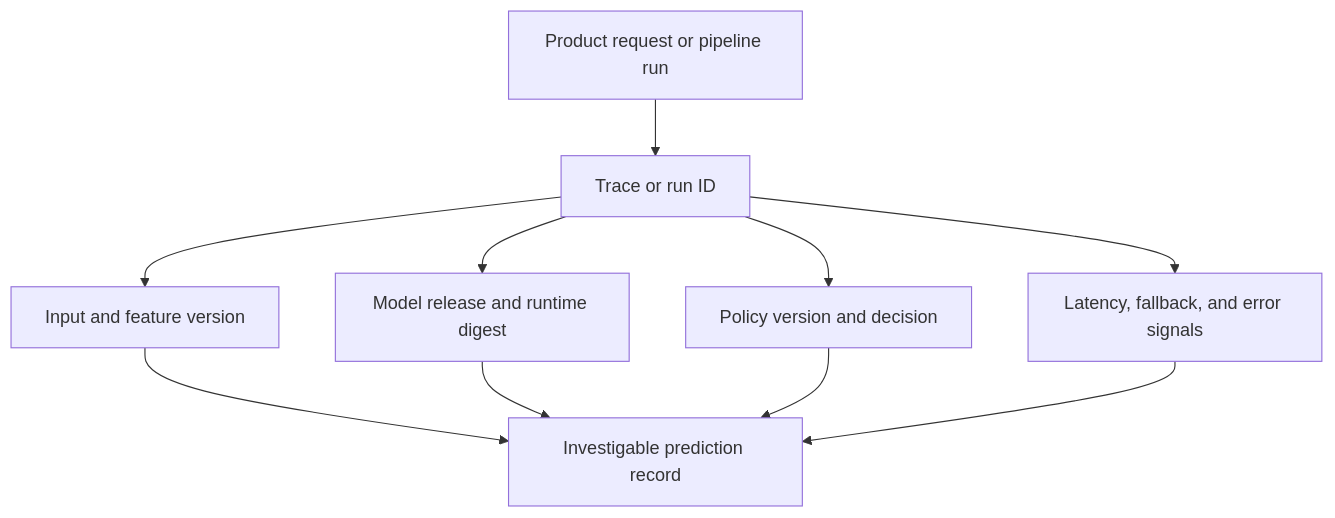
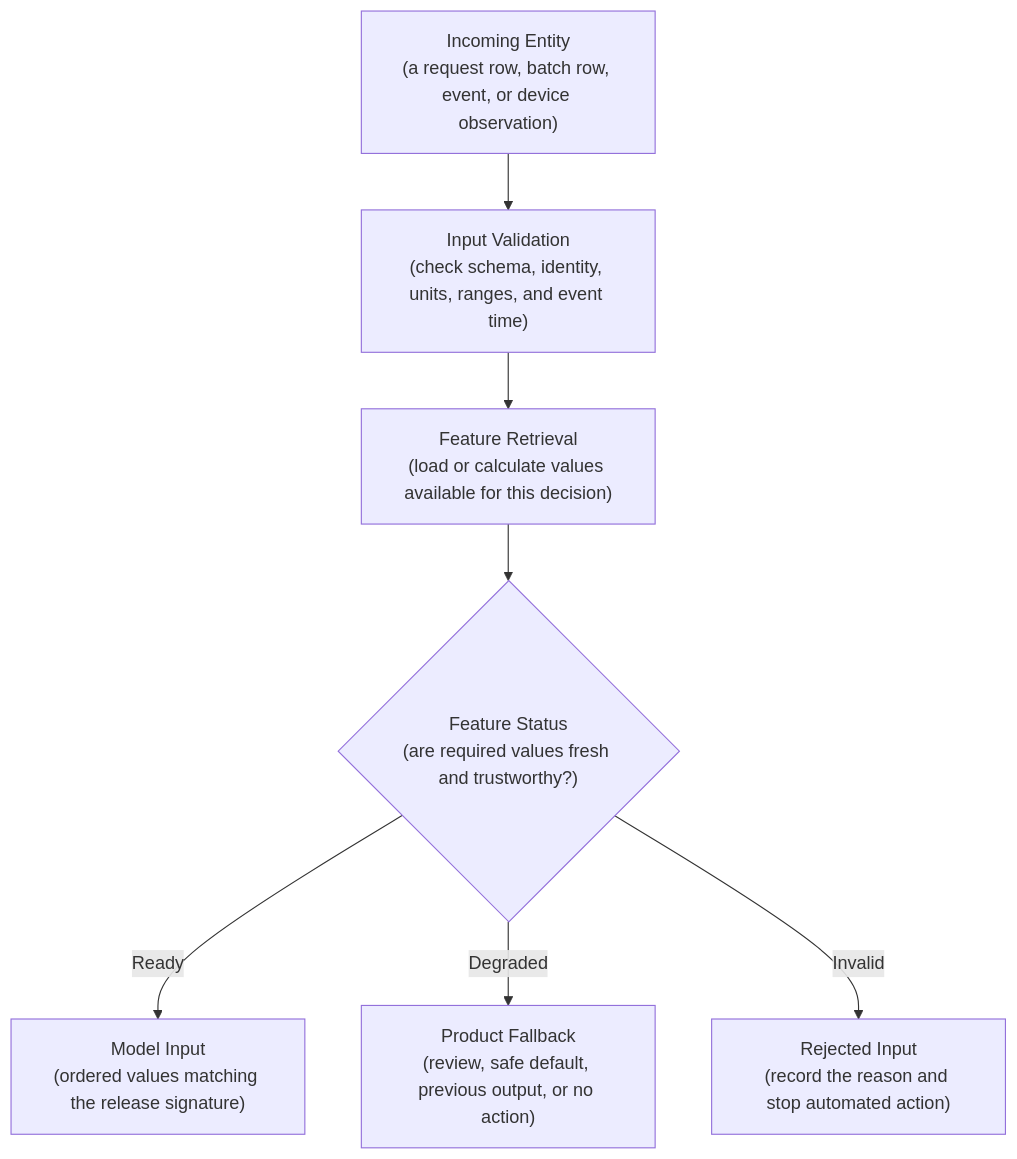
Before and after one commit to senlinyy/dev-roadmaps: the third of 6 diagrams in roadmaps/mlops/modules/mlops-foundations/architecture-basics/03-prediction-delivery-in-an-mlops-architecture.md, drawn with Mermaid. The commit also changed other lines of this file and 152 other files, not shown here.

Commit message:
feat: mlops and diagrams updated

````diff
--- a/roadmaps/mlops/modules/mlops-foundations/architecture-basics/03-prediction-delivery-in-an-mlops-architecture.md
+++ b/roadmaps/mlops/modules/mlops-foundations/architecture-basics/03-prediction-delivery-in-an-mlops-architecture.md
@@ -247,12 +205,9 @@
 ```mermaid
 flowchart TD
-    A["Product request or pipeline run"] --> B["Trace or run ID"]
-    B --> C["Input and feature version"]
-    B --> D["Model release and runtime digest"]
-    B --> E["Policy version and decision"]
-    B --> F["Latency, fallback, and error signals"]
-    C --> G["Investigable prediction record"]
-    D --> G
-    E --> G
-    F --> G
+    A["Incoming Entity<br/>(a request row, batch row, event, or device observation)"] --> B["Input Validation<br/>(check schema, identity, units, ranges, and event time)"]
+    B --> C["Feature Retrieval<br/>(load or calculate values available for this decision)"]
+    C --> D{"Feature Status<br/>(are required values fresh and trustworthy?)"}
+    D -->|Ready| E["Model Input<br/>(ordered values matching the release signature)"]
+    D -->|Degraded| F["Product Fallback<br/>(review, safe default, previous output, or no action)"]
+    D -->|Invalid| G["Rejected Input<br/>(record the reason and stop automated action)"]
 ```
````
